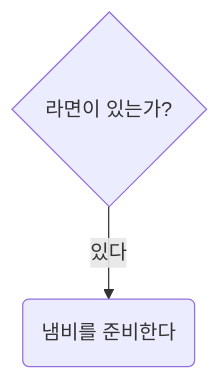
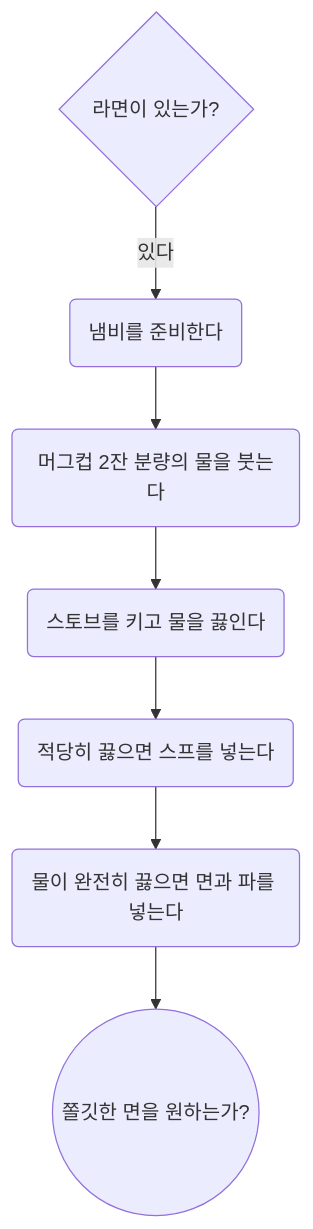
Before and after one commit to junep16/mermaid-test: the second of 2 diagrams in README.md, drawn with Mermaid.

````diff
--- a/README.md
+++ b/README.md
@@ -15,4 +15,9 @@
 ```mermaid
 	flowchart TB
-	A{라면이 있는가?} -->|있다| B(냄비를 준비한다)
+		A{라면이 있는가?} -->|있다| B(냄비를 준비한다)
+			B -->C(머그컵 2잔 분량의 물을 붓는다)
+			C -->E(스토브를 키고 물을 끓인다)
+			E -->F(적당히 끓으면 스프를 넣는다)
+			F -->G(물이 완전히 끓으면 면과 파를 넣는다)
+			G -->H((쫄깃한 면을 원하는가?))
 ```
````
